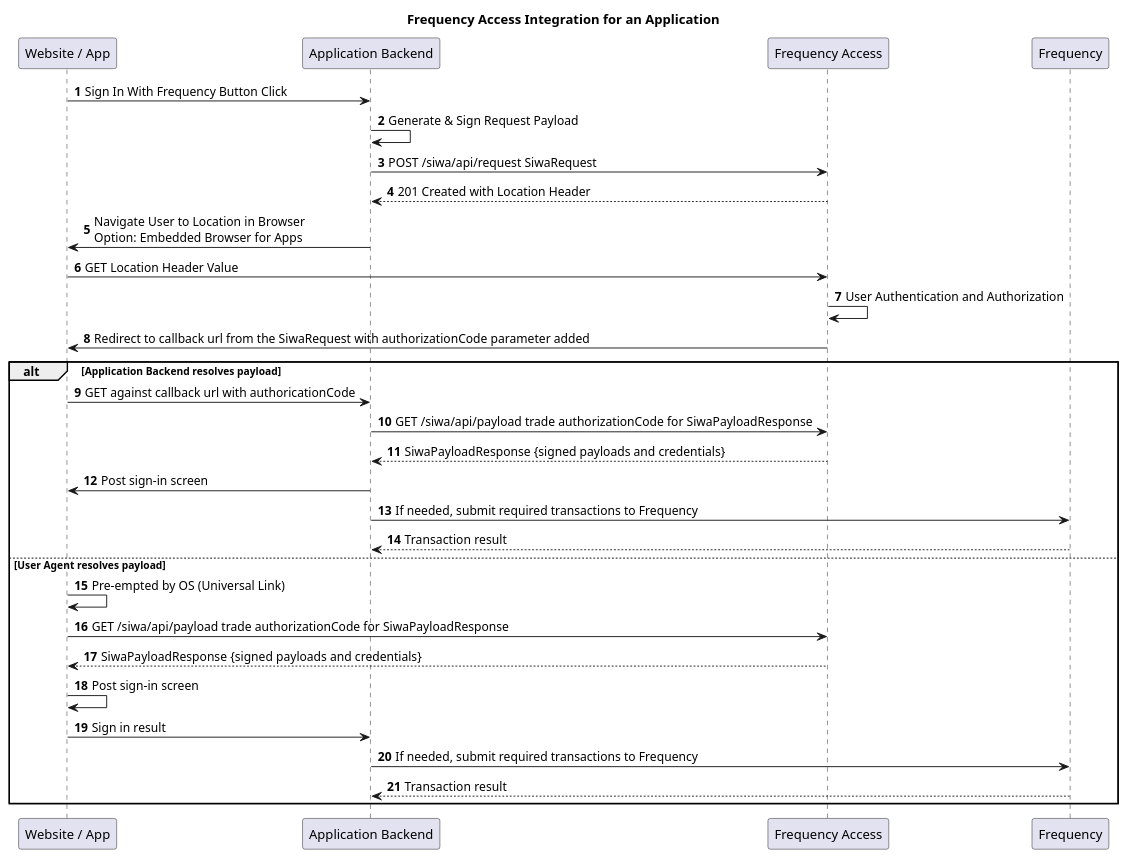
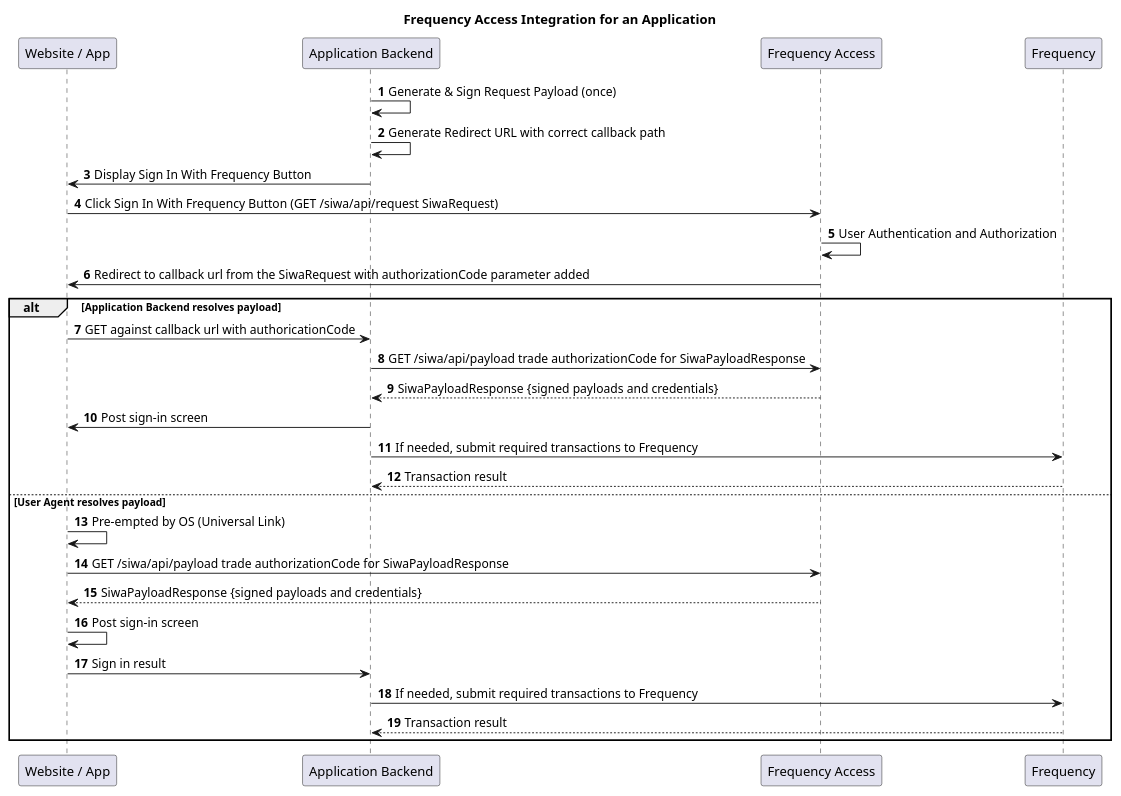
The diagram in docs/src/Actions/flow.puml (ProjectLibertyLabs/siwa), drawn with PlantUML before and after one commit. The commit also changed 9 other files, not shown here.

```diff
--- a/docs/src/Actions/flow.puml
+++ b/docs/src/Actions/flow.puml
@@ -1,33 +1,31 @@
 @startuml
 title "Frequency Access Integration for an Application"
 participant "Website / App" as ua
 participant "Application Backend" as p
 participant "Frequency Access" as fa
 participant "Frequency" as bc
 
 autonumber
-ua->p: Sign In With Frequency Button Click
-p->p: Generate & Sign Request Payload
-p->fa: POST /siwa/api/request SiwaRequest
-return 201 Created with Location Header
-p->ua: Navigate User to Location in Browser\nOption: Embedded Browser for Apps
-ua->fa: GET Location Header Value
+p->p: Generate & Sign Request Payload (once)
+p->p: Generate Redirect URL with correct callback path
+p->ua: Display Sign In With Frequency Button
+ua->fa: Click Sign In With Frequency Button (GET /siwa/api/request SiwaRequest)
 fa->fa: User Authentication and Authorization
 fa->ua: Redirect to callback url from the SiwaRequest with authorizationCode parameter added
 alt Application Backend resolves payload
     ua->p: GET against callback url with authoricationCode
     p->fa: GET /siwa/api/payload trade authorizationCode for SiwaPayloadResponse
     return SiwaPayloadResponse {signed payloads and credentials}
     p->ua: Post sign-in screen
     p->bc: If needed, submit required transactions to Frequency
     return Transaction result
 else User Agent resolves payload
     ua->ua: Pre-empted by OS (Universal Link)
     ua->fa: GET /siwa/api/payload trade authorizationCode for SiwaPayloadResponse
     return SiwaPayloadResponse {signed payloads and credentials}
     ua->ua: Post sign-in screen
     ua->p: Sign in result
     p->bc: If needed, submit required transactions to Frequency
     return Transaction result
 end
 @enduml
```
